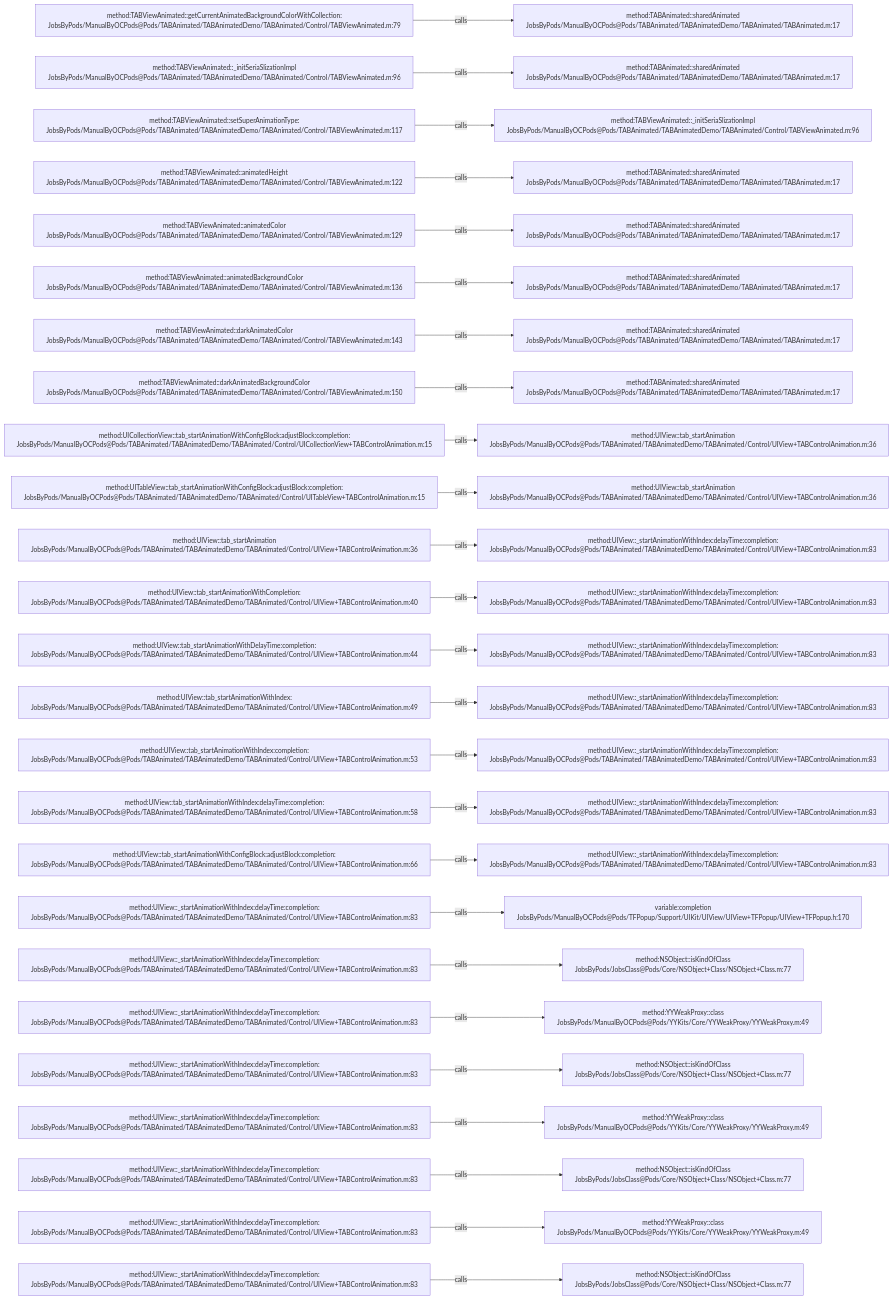
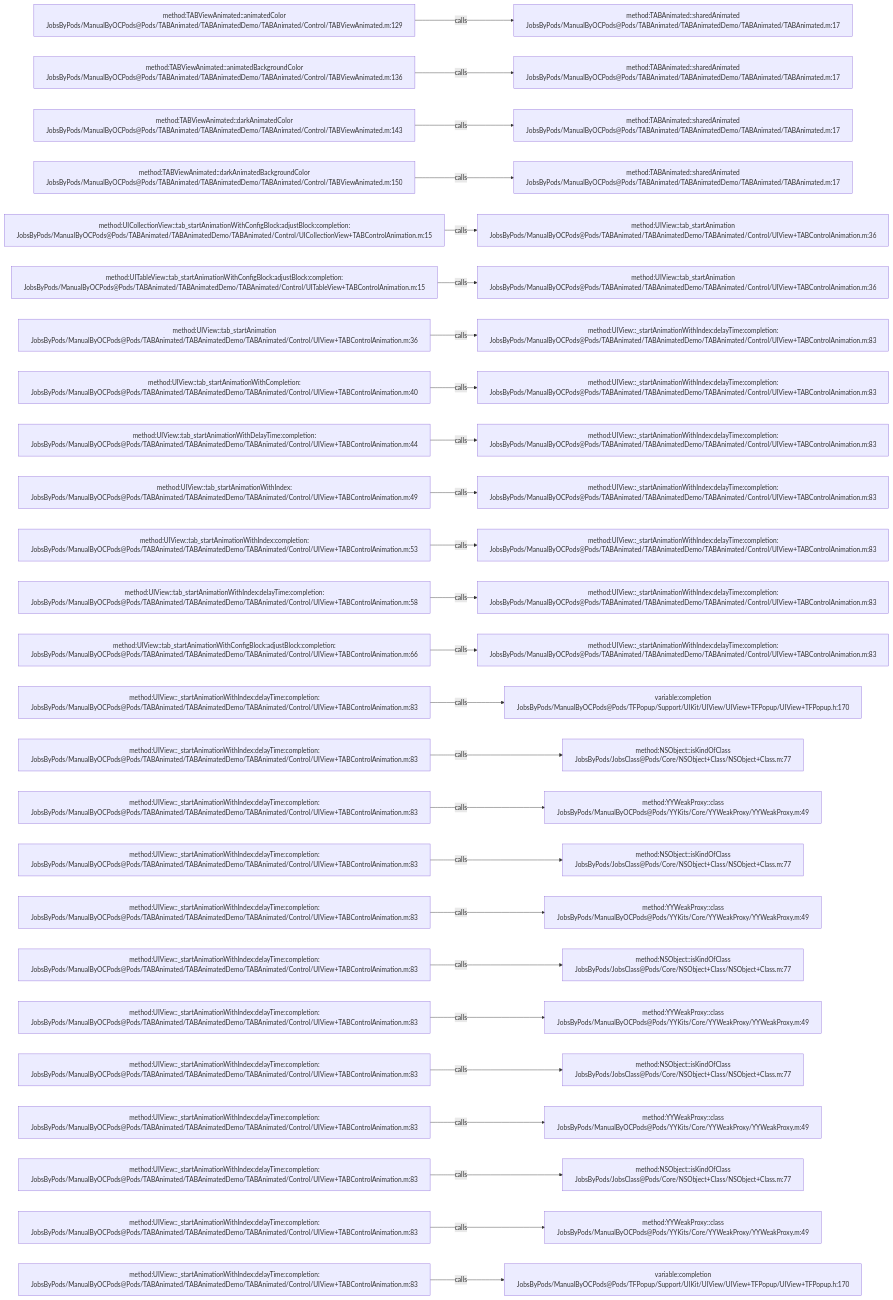
One commit to JobsKits/JobsOCBaseConfigDemo changed the diagram in .codegraph/codegraph.md/graphs/calls-024.md. Above: the diagram before and after it, drawn with Mermaid. The commit also changed 727 other files, not shown here.

````diff
--- a/.codegraph/codegraph.md/graphs/calls-024.md
+++ b/.codegraph/codegraph.md/graphs/calls-024.md
@@ -13,78 +13,78 @@
 ```mermaid
 flowchart LR
-  S1["method:TABViewAnimated::getCurrentAnimatedBackgroundColorWithCollection:<br/>JobsByPods/ManualByOCPods@Pods/TABAnimated/TABAnimatedDemo/TABAnimated/Control/TABViewAnimated.m:79"]
+  S1["method:TABViewAnimated::animatedColor<br/>JobsByPods/ManualByOCPods@Pods/TABAnimated/TABAnimatedDemo/TABAnimated/Control/TABViewAnimated.m:129"]
   T1["method:TABAnimated::sharedAnimated<br/>JobsByPods/ManualByOCPods@Pods/TABAnimated/TABAnimatedDemo/TABAnimated/TABAnimated.m:17"]
   S1 -->|calls| T1
-  S2["method:TABViewAnimated::_initSeriaSlizationImpl<br/>JobsByPods/ManualByOCPods@Pods/TABAnimated/TABAnimatedDemo/TABAnimated/Control/TABViewAnimated.m:96"]
+  S2["method:TABViewAnimated::animatedBackgroundColor<br/>JobsByPods/ManualByOCPods@Pods/TABAnimated/TABAnimatedDemo/TABAnimated/Control/TABViewAnimated.m:136"]
   T2["method:TABAnimated::sharedAnimated<br/>JobsByPods/ManualByOCPods@Pods/TABAnimated/TABAnimatedDemo/TABAnimated/TABAnimated.m:17"]
   S2 -->|calls| T2
-  S3["method:TABViewAnimated::setSuperAnimationType:<br/>JobsByPods/ManualByOCPods@Pods/TABAnimated/TABAnimatedDemo/TABAnimated/Control/TABViewAnimated.m:117"]
-  T3["method:TABViewAnimated::_initSeriaSlizationImpl<br/>JobsByPods/ManualByOCPods@Pods/TABAnimated/TABAnimatedDemo/TABAnimated/Control/TABViewAnimated.m:96"]
+  S3["method:TABViewAnimated::darkAnimatedColor<br/>JobsByPods/ManualByOCPods@Pods/TABAnimated/TABAnimatedDemo/TABAnimated/Control/TABViewAnimated.m:143"]
+  T3["method:TABAnimated::sharedAnimated<br/>JobsByPods/ManualByOCPods@Pods/TABAnimated/TABAnimatedDemo/TABAnimated/TABAnimated.m:17"]
   S3 -->|calls| T3
-  S4["method:TABViewAnimated::animatedHeight<br/>JobsByPods/ManualByOCPods@Pods/TABAnimated/TABAnimatedDemo/TABAnimated/Control/TABViewAnimated.m:122"]
+  S4["method:TABViewAnimated::darkAnimatedBackgroundColor<br/>JobsByPods/ManualByOCPods@Pods/TABAnimated/TABAnimatedDemo/TABAnimated/Control/TABViewAnimated.m:150"]
   T4["method:TABAnimated::sharedAnimated<br/>JobsByPods/ManualByOCPods@Pods/TABAnimated/TABAnimatedDemo/TABAnimated/TABAnimated.m:17"]
   S4 -->|calls| T4
-  S5["method:TABViewAnimated::animatedColor<br/>JobsByPods/ManualByOCPods@Pods/TABAnimated/TABAnimatedDemo/TABAnimated/Control/TABViewAnimated.m:129"]
-  T5["method:TABAnimated::sharedAnimated<br/>JobsByPods/ManualByOCPods@Pods/TABAnimated/TABAnimatedDemo/TABAnimated/TABAnimated.m:17"]
+  S5["method:UICollectionView::tab_startAnimationWithConfigBlock:adjustBlock:completion:<br/>JobsByPods/ManualByOCPods@Pods/TABAnimated/TABAnimatedDemo/TABAnimated/Control/UICollectionView+TABControlAnimation.m:15"]
+  T5["method:UIView::tab_startAnimation<br/>JobsByPods/ManualByOCPods@Pods/TABAnimated/TABAnimatedDemo/TABAnimated/Control/UIView+TABControlAnimation.m:36"]
   S5 -->|calls| T5
-  S6["method:TABViewAnimated::animatedBackgroundColor<br/>JobsByPods/ManualByOCPods@Pods/TABAnimated/TABAnimatedDemo/TABAnimated/Control/TABViewAnimated.m:136"]
-  T6["method:TABAnimated::sharedAnimated<br/>JobsByPods/ManualByOCPods@Pods/TABAnimated/TABAnimatedDemo/TABAnimated/TABAnimated.m:17"]
+  S6["method:UITableView::tab_startAnimationWithConfigBlock:adjustBlock:completion:<br/>JobsByPods/ManualByOCPods@Pods/TABAnimated/TABAnimatedDemo/TABAnimated/Control/UITableView+TABControlAnimation.m:15"]
+  T6["method:UIView::tab_startAnimation<br/>JobsByPods/ManualByOCPods@Pods/TABAnimated/TABAnimatedDemo/TABAnimated/Control/UIView+TABControlAnimation.m:36"]
   S6 -->|calls| T6
-  S7["method:TABViewAnimated::darkAnimatedColor<br/>JobsByPods/ManualByOCPods@Pods/TABAnimated/TABAnimatedDemo/TABAnimated/Control/TABViewAnimated.m:143"]
-  T7["method:TABAnimated::sharedAnimated<br/>JobsByPods/ManualByOCPods@Pods/TABAnimated/TABAnimatedDemo/TABAnimated/TABAnimated.m:17"]
+  S7["method:UIView::tab_startAnimation<br/>JobsByPods/ManualByOCPods@Pods/TABAnimated/TABAnimatedDemo/TABAnimated/Control/UIView+TABControlAnimation.m:36"]
+  T7["method:UIView::_startAnimationWithIndex:delayTime:completion:<br/>JobsByPods/ManualByOCPods@Pods/TABAnimated/TABAnimatedDemo/TABAnimated/Control/UIView+TABControlAnimation.m:83"]
   S7 -->|calls| T7
-  S8["method:TABViewAnimated::darkAnimatedBackgroundColor<br/>JobsByPods/ManualByOCPods@Pods/TABAnimated/TABAnimatedDemo/TABAnimated/Control/TABViewAnimated.m:150"]
-  T8["method:TABAnimated::sharedAnimated<br/>JobsByPods/ManualByOCPods@Pods/TABAnimated/TABAnimatedDemo/TABAnimated/TABAnimated.m:17"]
+  S8["method:UIView::tab_startAnimationWithCompletion:<br/>JobsByPods/ManualByOCPods@Pods/TABAnimated/TABAnimatedDemo/TABAnimated/Control/UIView+TABControlAnimation.m:40"]
+  T8["method:UIView::_startAnimationWithIndex:delayTime:completion:<br/>JobsByPods/ManualByOCPods@Pods/TABAnimated/TABAnimatedDemo/TABAnimated/Control/UIView+TABControlAnimation.m:83"]
   S8 -->|calls| T8
-  S9["method:UICollectionView::tab_startAnimationWithConfigBlock:adjustBlock:completion:<br/>JobsByPods/ManualByOCPods@Pods/TABAnimated/TABAnimatedDemo/TABAnimated/Control/UICollectionView+TABControlAnimation.m:15"]
-  T9["method:UIView::tab_startAnimation<br/>JobsByPods/ManualByOCPods@Pods/TABAnimated/TABAnimatedDemo/TABAnimated/Control/UIView+TABControlAnimation.m:36"]
+  S9["method:UIView::tab_startAnimationWithDelayTime:completion:<br/>JobsByPods/ManualByOCPods@Pods/TABAnimated/TABAnimatedDemo/TABAnimated/Control/UIView+TABControlAnimation.m:44"]
+  T9["method:UIView::_startAnimationWithIndex:delayTime:completion:<br/>JobsByPods/ManualByOCPods@Pods/TABAnimated/TABAnimatedDemo/TABAnimated/Control/UIView+TABControlAnimation.m:83"]
   S9 -->|calls| T9
-  S10["method:UITableView::tab_startAnimationWithConfigBlock:adjustBlock:completion:<br/>JobsByPods/ManualByOCPods@Pods/TABAnimated/TABAnimatedDemo/TABAnimated/Control/UITableView+TABControlAnimation.m:15"]
-  T10["method:UIView::tab_startAnimation<br/>JobsByPods/ManualByOCPods@Pods/TABAnimated/TABAnimatedDemo/TABAnimated/Control/UIView+TABControlAnimation.m:36"]
+  S10["method:UIView::tab_startAnimationWithIndex:<br/>JobsByPods/ManualByOCPods@Pods/TABAnimated/TABAnimatedDemo/TABAnimated/Control/UIView+TABControlAnimation.m:49"]
+  T10["method:UIView::_startAnimationWithIndex:delayTime:completion:<br/>JobsByPods/ManualByOCPods@Pods/TABAnimated/TABAnimatedDemo/TABAnimated/Control/UIView+TABControlAnimation.m:83"]
   S10 -->|calls| T10
-  S11["method:UIView::tab_startAnimation<br/>JobsByPods/ManualByOCPods@Pods/TABAnimated/TABAnimatedDemo/TABAnimated/Control/UIView+TABControlAnimation.m:36"]
+  S11["method:UIView::tab_startAnimationWithIndex:completion:<br/>JobsByPods/ManualByOCPods@Pods/TABAnimated/TABAnimatedDemo/TABAnimated/Control/UIView+TABControlAnimation.m:53"]
   T11["method:UIView::_startAnimationWithIndex:delayTime:completion:<br/>JobsByPods/ManualByOCPods@Pods/TABAnimated/TABAnimatedDemo/TABAnimated/Control/UIView+TABControlAnimation.m:83"]
   S11 -->|calls| T11
-  S12["method:UIView::tab_startAnimationWithCompletion:<br/>JobsByPods/ManualByOCPods@Pods/TABAnimated/TABAnimatedDemo/TABAnimated/Control/UIView+TABControlAnimation.m:40"]
+  S12["method:UIView::tab_startAnimationWithIndex:delayTime:completion:<br/>JobsByPods/ManualByOCPods@Pods/TABAnimated/TABAnimatedDemo/TABAnimated/Control/UIView+TABControlAnimation.m:58"]
   T12["method:UIView::_startAnimationWithIndex:delayTime:completion:<br/>JobsByPods/ManualByOCPods@Pods/TABAnimated/TABAnimatedDemo/TABAnimated/Control/UIView+TABControlAnimation.m:83"]
   S12 -->|calls| T12
-  S13["method:UIView::tab_startAnimationWithDelayTime:completion:<br/>JobsByPods/ManualByOCPods@Pods/TABAnimated/TABAnimatedDemo/TABAnimated/Control/UIView+TABControlAnimation.m:44"]
+  S13["method:UIView::tab_startAnimationWithConfigBlock:adjustBlock:completion:<br/>JobsByPods/ManualByOCPods@Pods/TABAnimated/TABAnimatedDemo/TABAnimated/Control/UIView+TABControlAnimation.m:66"]
   T13["method:UIView::_startAnimationWithIndex:delayTime:completion:<br/>JobsByPods/ManualByOCPods@Pods/TABAnimated/TABAnimatedDemo/TABAnimated/Control/UIView+TABControlAnimation.m:83"]
   S13 -->|calls| T13
-  S14["method:UIView::tab_startAnimationWithIndex:<br/>JobsByPods/ManualByOCPods@Pods/TABAnimated/TABAnimatedDemo/TABAnimated/Control/UIView+TABControlAnimation.m:49"]
-  T14["method:UIView::_startAnimationWithIndex:delayTime:completion:<br/>JobsByPods/ManualByOCPods@Pods/TABAnimated/TABAnimatedDemo/TABAnimated/Control/UIView+TABControlAnimation.m:83"]
+  S14["method:UIView::_startAnimationWithIndex:delayTime:completion:<br/>JobsByPods/ManualByOCPods@Pods/TABAnimated/TABAnimatedDemo/TABAnimated/Control/UIView+TABControlAnimation.m:83"]
+  T14["variable:completion<br/>JobsByPods/ManualByOCPods@Pods/TFPopup/Support/UIKit/UIView/UIView+TFPopup/UIView+TFPopup.h:170"]
   S14 -->|calls| T14
-  S15["method:UIView::tab_startAnimationWithIndex:completion:<br/>JobsByPods/ManualByOCPods@Pods/TABAnimated/TABAnimatedDemo/TABAnimated/Control/UIView+TABControlAnimation.m:53"]
-  T15["method:UIView::_startAnimationWithIndex:delayTime:completion:<br/>JobsByPods/ManualByOCPods@Pods/TABAnimated/TABAnimatedDemo/TABAnimated/Control/UIView+TABControlAnimation.m:83"]
+  S15["method:UIView::_startAnimationWithIndex:delayTime:completion:<br/>JobsByPods/ManualByOCPods@Pods/TABAnimated/TABAnimatedDemo/TABAnimated/Control/UIView+TABControlAnimation.m:83"]
+  T15["method:NSObject::isKindOfClass<br/>JobsByPods/JobsClass@Pods/Core/NSObject+Class/NSObject+Class.m:77"]
   S15 -->|calls| T15
-  S16["method:UIView::tab_startAnimationWithIndex:delayTime:completion:<br/>JobsByPods/ManualByOCPods@Pods/TABAnimated/TABAnimatedDemo/TABAnimated/Control/UIView+TABControlAnimation.m:58"]
-  T16["method:UIView::_startAnimationWithIndex:delayTime:completion:<br/>JobsByPods/ManualByOCPods@Pods/TABAnimated/TABAnimatedDemo/TABAnimated/Control/UIView+TABControlAnimation.m:83"]
+  S16["method:UIView::_startAnimationWithIndex:delayTime:completion:<br/>JobsByPods/ManualByOCPods@Pods/TABAnimated/TABAnimatedDemo/TABAnimated/Control/UIView+TABControlAnimation.m:83"]
+  T16["method:YYWeakProxy::class<br/>JobsByPods/ManualByOCPods@Pods/YYKits/Core/YYWeakProxy/YYWeakProxy.m:49"]
   S16 -->|calls| T16
-  S17["method:UIView::tab_startAnimationWithConfigBlock:adjustBlock:completion:<br/>JobsByPods/ManualByOCPods@Pods/TABAnimated/TABAnimatedDemo/TABAnimated/Control/UIView+TABControlAnimation.m:66"]
-  T17["method:UIView::_startAnimationWithIndex:delayTime:completion:<br/>JobsByPods/ManualByOCPods@Pods/TABAnimated/TABAnimatedDemo/TABAnimated/Control/UIView+TABControlAnimation.m:83"]
+  S17["method:UIView::_startAnimationWithIndex:delayTime:completion:<br/>JobsByPods/ManualByOCPods@Pods/TABAnimated/TABAnimatedDemo/TABAnimated/Control/UIView+TABControlAnimation.m:83"]
+  T17["method:NSObject::isKindOfClass<br/>JobsByPods/JobsClass@Pods/Core/NSObject+Class/NSObject+Class.m:77"]
   S17 -->|calls| T17
   S18["method:UIView::_startAnimationWithIndex:delayTime:completion:<br/>JobsByPods/ManualByOCPods@Pods/TABAnimated/TABAnimatedDemo/TABAnimated/Control/UIView+TABControlAnimation.m:83"]
-  T18["variable:completion<br/>JobsByPods/ManualByOCPods@Pods/TFPopup/Support/UIKit/UIView/UIView+TFPopup/UIView+TFPopup.h:170"]
+  T18["method:YYWeakProxy::class<br/>JobsByPods/ManualByOCPods@Pods/YYKits/Core/YYWeakProxy/YYWeakProxy.m:49"]
   S18 -->|calls| T18
   S19["method:UIView::_startAnimationWithIndex:delayTime:completion:<br/>JobsByPods/ManualByOCPods@Pods/TABAnimated/TABAnimatedDemo/TABAnimated/Control/UIView+TABControlAnimation.m:83"]
   T19["method:NSObject::isKindOfClass<br/>JobsByPods/JobsClass@Pods/Core/NSObject+Class/NSObject+Class.m:77"]
   S19 -->|calls| T19
   S20["method:UIView::_startAnimationWithIndex:delayTime:completion:<br/>JobsByPods/ManualByOCPods@Pods/TABAnimated/TABAnimatedDemo/TABAnimated/Control/UIView+TABControlAnimation.m:83"]
   T20["method:YYWeakProxy::class<br/>JobsByPods/ManualByOCPods@Pods/YYKits/Core/YYWeakProxy/YYWeakProxy.m:49"]
   S20 -->|calls| T20
   S21["method:UIView::_startAnimationWithIndex:delayTime:completion:<br/>JobsByPods/ManualByOCPods@Pods/TABAnimated/TABAnimatedDemo/TABAnimated/Control/UIView+TABControlAnimation.m:83"]
   T21["method:NSObject::isKindOfClass<br/>JobsByPods/JobsClass@Pods/Core/NSObject+Class/NSObject+Class.m:77"]
   S21 -->|calls| T21
   S22["method:UIView::_startAnimationWithIndex:delayTime:completion:<br/>JobsByPods/ManualByOCPods@Pods/TABAnimated/TABAnimatedDemo/TABAnimated/Control/UIView+TABControlAnimation.m:83"]
   T22["method:YYWeakProxy::class<br/>JobsByPods/ManualByOCPods@Pods/YYKits/Core/YYWeakProxy/YYWeakProxy.m:49"]
   S22 -->|calls| T22
   S23["method:UIView::_startAnimationWithIndex:delayTime:completion:<br/>JobsByPods/ManualByOCPods@Pods/TABAnimated/TABAnimatedDemo/TABAnimated/Control/UIView+TABControlAnimation.m:83"]
   T23["method:NSObject::isKindOfClass<br/>JobsByPods/JobsClass@Pods/Core/NSObject+Class/NSObject+Class.m:77"]
   S23 -->|calls| T23
   S24["method:UIView::_startAnimationWithIndex:delayTime:completion:<br/>JobsByPods/ManualByOCPods@Pods/TABAnimated/TABAnimatedDemo/TABAnimated/Control/UIView+TABControlAnimation.m:83"]
   T24["method:YYWeakProxy::class<br/>JobsByPods/ManualByOCPods@Pods/YYKits/Core/YYWeakProxy/YYWeakProxy.m:49"]
   S24 -->|calls| T24
   S25["method:UIView::_startAnimationWithIndex:delayTime:completion:<br/>JobsByPods/ManualByOCPods@Pods/TABAnimated/TABAnimatedDemo/TABAnimated/Control/UIView+TABControlAnimation.m:83"]
-  T25["method:NSObject::isKindOfClass<br/>JobsByPods/JobsClass@Pods/Core/NSObject+Class/NSObject+Class.m:77"]
+  T25["variable:completion<br/>JobsByPods/ManualByOCPods@Pods/TFPopup/Support/UIKit/UIView/UIView+TFPopup/UIView+TFPopup.h:170"]
   S25 -->|calls| T25
 ```
````
